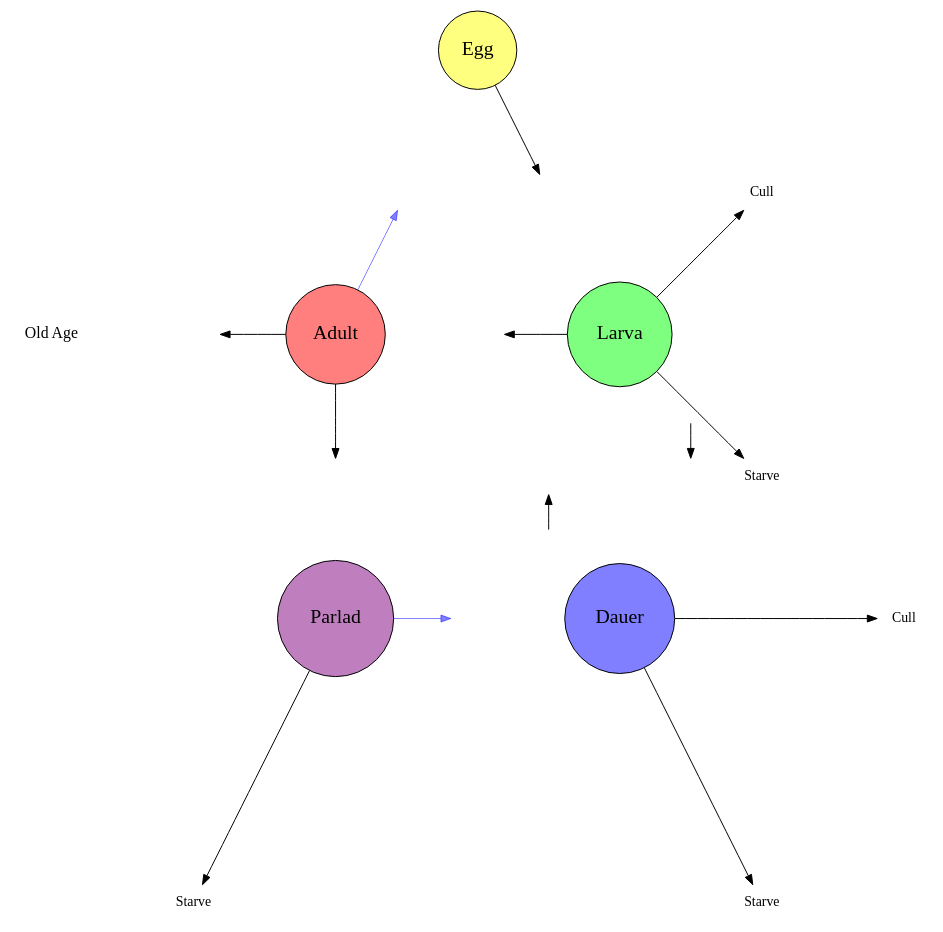
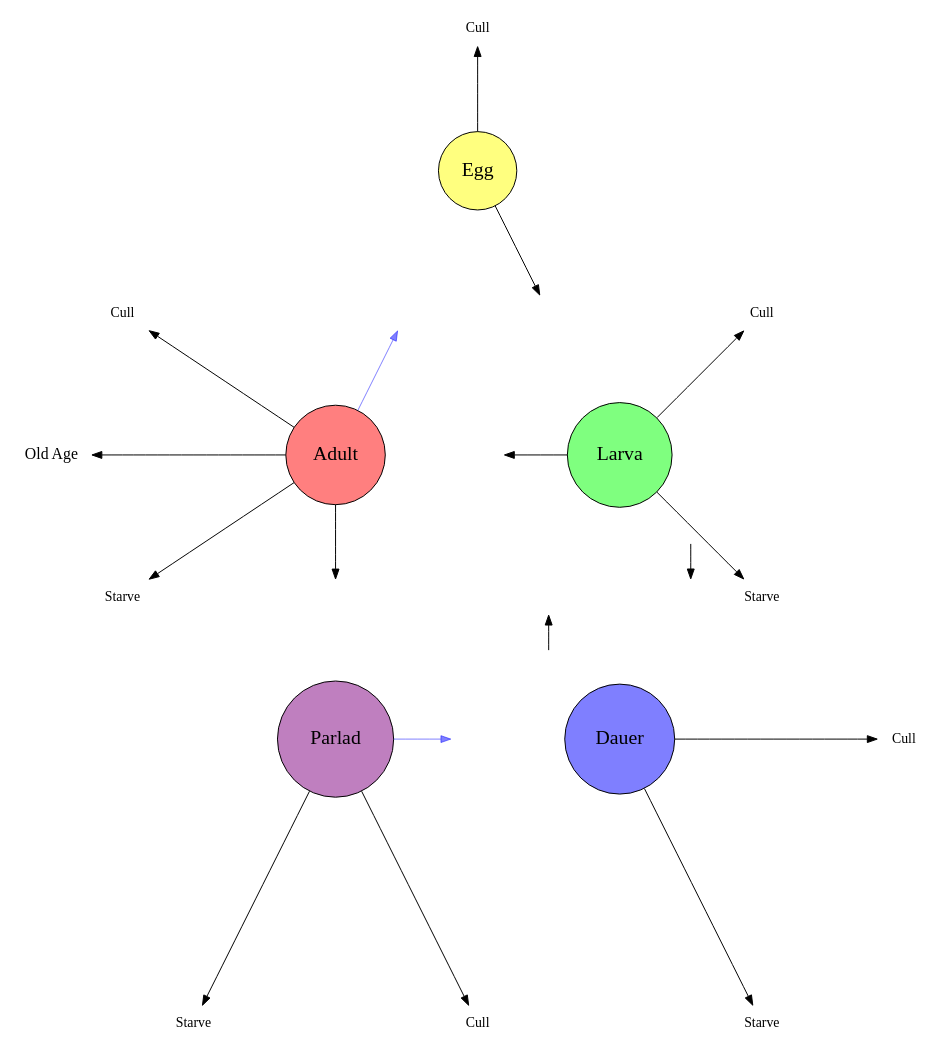
Before and after one commit to BnetButter/wormpopui: the diagram in public/digraph/init_graph.dot, drawn with Graphviz. The commit also changed 3 other files, not shown here.

Commit message:
update graph

```diff
--- a/public/digraph/init_graph.dot
+++ b/public/digraph/init_graph.dot
@@ -1,56 +1,68 @@
 digraph {
 
     layout=neato
     graph [ nodesep=1 ranksep=1 ] 
  
     adult [ label="Adult" fontsize=20 pos="0,8!" id="adult" shape=circle, style=filled, fillcolor="#FF000080"] // Semi-transparent Red
     egg [  label="Egg" fontsize=20 pos="2,12!" id="egg" shape=circle, style=filled, fillcolor="#FFFF0080"] // Semi-transparent Yellow
     larva [ label="Larva" fontsize=20 pos="4,8!" id="larva" shape=circle, style=filled, fillcolor="#00FF0080"] // Semi-transparent Green
     dauer [ label="Dauer" fontsize=20 pos="4,4!" id="dauer" shape=circle, style=filled, fillcolor="#0000FF80"] // Semi-transparent Blue
     parlad [ label="Parlad" fontsize=20 pos="0,4!" id="parlad" shape=circle, style=filled, fillcolor="#80008080"] // Semi-transparent Purple
 
     
     invis_egg [ pos="1,10!" shape=plaintext label="" ]
     invis_larva [ pos="3,10!" shape=plaintext label="" ]
     invis_adult [ pos="2,8!" shape=plaintext label="" ]
     invis_dauer [ pos="2,4!" shape=plaintext label="" ]
     invis_parlad [ pos="0,6!" shape=plaintext label="" ]
-    
+
 
     invis_dauer_larva_a [ pos="3,5!" shape=plaintext label=""]
     invis_dauer_larva_b [ pos="3,6!" shape=plaintext label=""]
 
         
     invis_larva_dauer_b [ pos="5,6!" shape=plaintext label=""]
     invis_larva_dauer_a [ pos="5,7!" shape=plaintext label=""]
 
     adult -> invis_egg [ id="egg_adult" color="#0000FF80"]
 
-    egg -> invis_larva [ id="egg_larva" ] 
+    egg_cull [ pos="2,14!" shape=plaintext label=Cull ]
+
+    egg -> invis_larva [ id="egg_larva" ]
     larva -> invis_adult [ id="larva_adult" ]
 
     invis_larva_dauer_a -> invis_larva_dauer_b [ id="larva_dauer" ] 
     invis_dauer_larva_a -> invis_dauer_larva_b [ id="dauer_larva" ]
 
     adult -> invis_parlad [ id="adult_parlad" ]
     parlad -> invis_dauer [ id="parlad_dauer" color="#0000FF80"]
 
     parlad_starve [ pos="-2,0!" shape=plaintext label=Starve ]
-    dauer_starve [ pos="6,0!" shape=plaintext  label=Starve ]
-    larva_starve [ pos="6,6!"shape=plaintext label=Starve ] 
-    larva_cull [  pos="6,10!" shape=plaintext   label=Cull ]
+    parlad_cull [ pos="2,0!" label=Cull shape=plaintext]
+
+    dauer_starve [ pos="6,0!" shape=plaintext label=Starve ]
+    larva_starve [ pos="6,6!" shape=plaintext label=Starve ] 
+    larva_cull [  pos="6,10!" shape=plaintext  label=Cull ]
     dauer_cull [ pos="8,4!" shape=plaintext label=Cull ]
 
     adult_old [ pos="-4,8!" fontsize=16 shape=plaintext label="Old Age" ]
+    adult_starve [pos="-3,6!", label="Starve" shape=plaintext]
+    adult_cull [] [pos="-3,10!" label="Cull" shape=plaintext]
     adult_old_invis [ pos="-2,8!" shape=plaintext label="" ]
 
-    adult -> adult_old_invis [ id="adult_old" ]
+    adult -> adult_old[ id="adult_old" ]
+    adult -> adult_starve [ id="adult_starve" ]
+    adult -> adult_cull [ id="adult_cull" ]
+    
+    egg -> egg_cull [ id="egg_cull" ]
 
     parlad -> parlad_starve [ id="parlad_parladStarve" label="" ]
+
+    parlad -> parlad_cull [ id="parlad_parladCull", label=""]
     
     dauer -> dauer_starve [ id="dauer_dauerStarve" label=""]
     dauer -> dauer_cull [ id="dauer_dauerCull" label="" ]
     larva -> larva_starve [ id="larva_larvaStarve" label="" ]
     larva -> larva_cull [ id="larva_larvaCull" label=""]
 
 }
```
